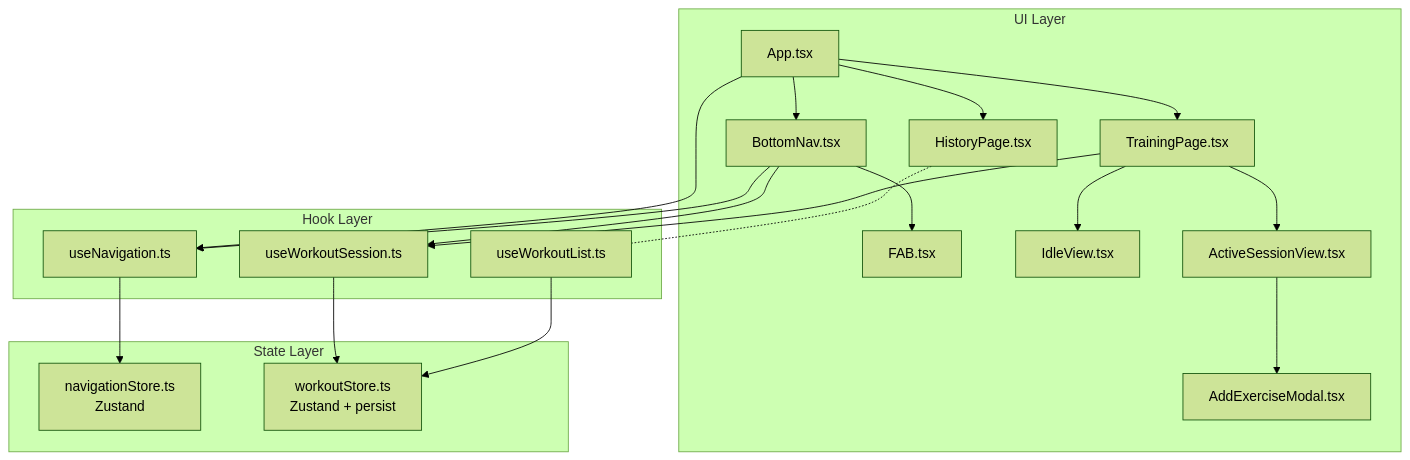
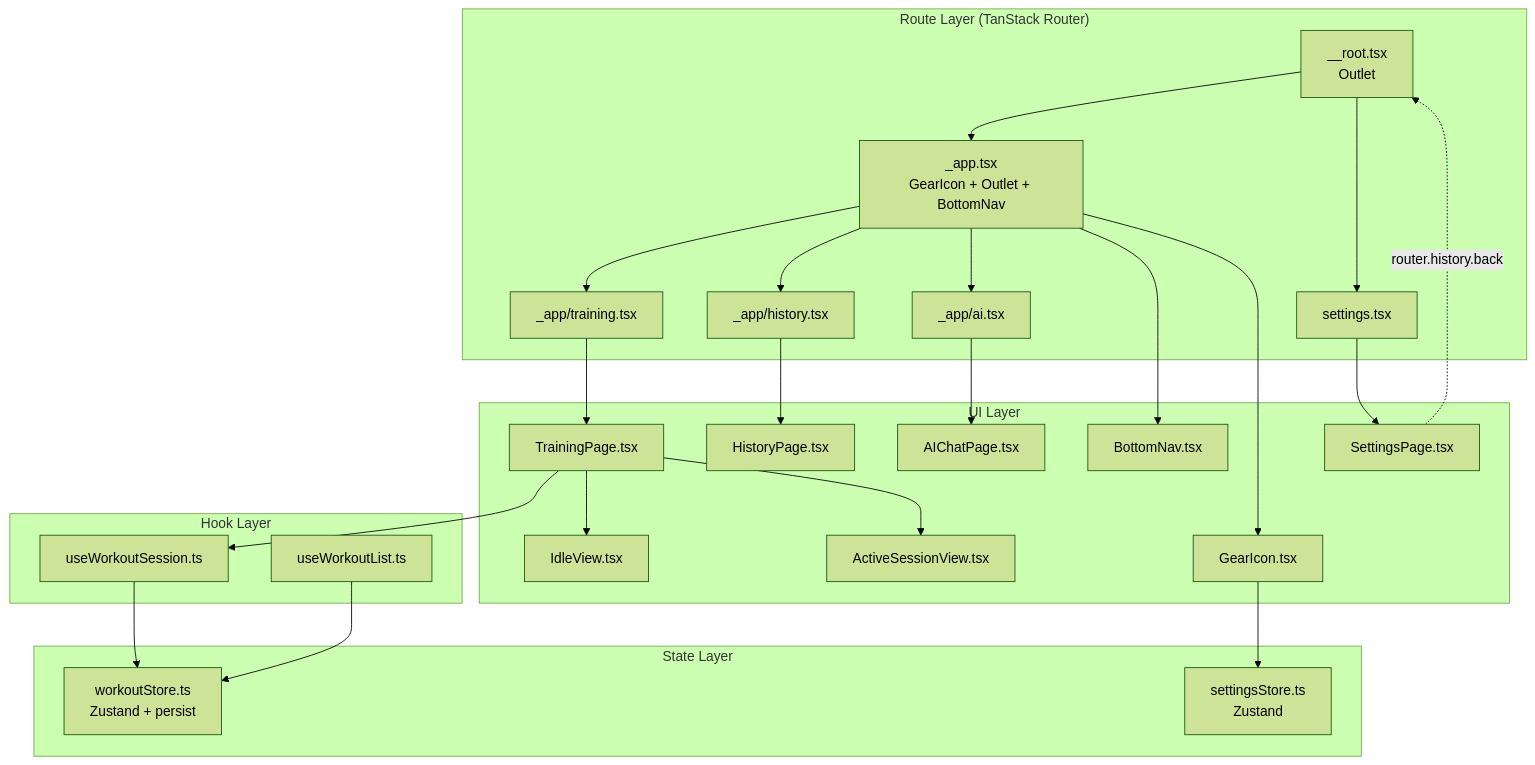
Before and after one commit to SakumaTakuya/gymini: the diagram in .sdd/specification/navigation_design.md, drawn with Mermaid (forest theme). The commit also changed other lines of this file and 1 other file, not shown here.

First line of the commit message:
refactor(spec): navigation_spec.mdをPRD準拠で一から書き直し (#12)

````diff
--- a/.sdd/specification/navigation_design.md
+++ b/.sdd/specification/navigation_design.md
@@ -68,44 +73,57 @@
 ```mermaid
 graph TD
+    subgraph "Route Layer (TanStack Router)"
+        Root["__root.tsx<br/>Outlet"]
+        AppLayout["_app.tsx<br/>GearIcon + Outlet + BottomNav"]
+        TR["_app/training.tsx"]
+        HR["_app/history.tsx"]
+        AR["_app/ai.tsx"]
+        SR["settings.tsx"]
+    end
+
     subgraph "UI Layer"
-        App[App.tsx]
+        BN[BottomNav.tsx]
+        GI[GearIcon.tsx]
         TP[TrainingPage.tsx]
         HP[HistoryPage.tsx]
-        BN[BottomNav.tsx]
-        FAB_C[FAB.tsx]
+        ACP[AIChatPage.tsx]
+        SP[SettingsPage.tsx]
         IV[IdleView.tsx]
         ASV[ActiveSessionView.tsx]
-        AEM[AddExerciseModal.tsx]
     end
 
     subgraph "Hook Layer"
-        UN[useNavigation.ts]
         HWS[useWorkoutSession.ts]
         HWL[useWorkoutList.ts]
     end
 
     subgraph "State Layer"
-        NS[navigationStore.ts<br/>Zustand]
         WS[workoutStore.ts<br/>Zustand + persist]
+        SS[settingsStore.ts<br/>Zustand]
     end
 
-    App --> UN
-    App --> TP
-    App --> HP
-    App --> BN
+    Root --> AppLayout
+    Root --> SR
+    AppLayout --> TR
+    AppLayout --> HR
+    AppLayout --> AR
 
-    BN --> UN
-    BN --> FAB_C
-    BN --> HWS
+    AppLayout --> BN
+    AppLayout --> GI
+
+    TR --> TP
+    HR --> HP
+    AR --> ACP
+    SR --> SP
 
     TP --> HWS
     TP --> IV
     TP --> ASV
-    ASV --> AEM
 
-    HP -.- HWL
+    GI --> SS
 
-    UN --> NS
+    SP -.->|router.history.back| Root
+
     HWS --> WS
     HWL --> WS
 ```
````
